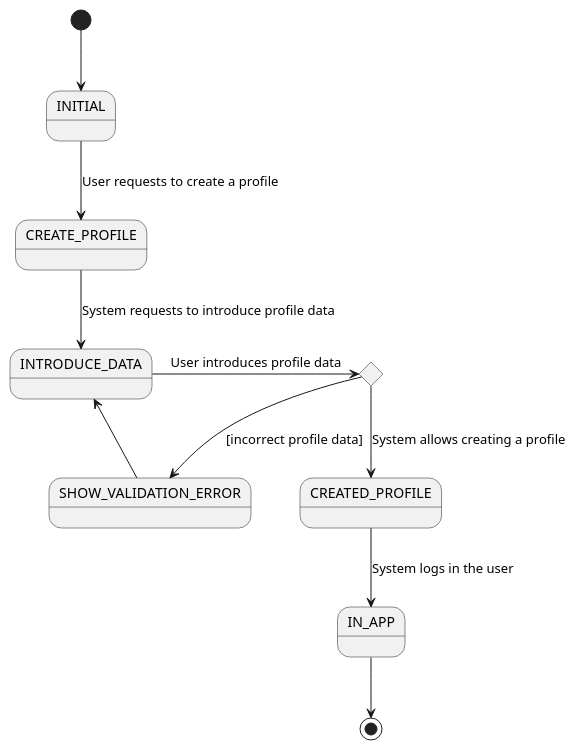
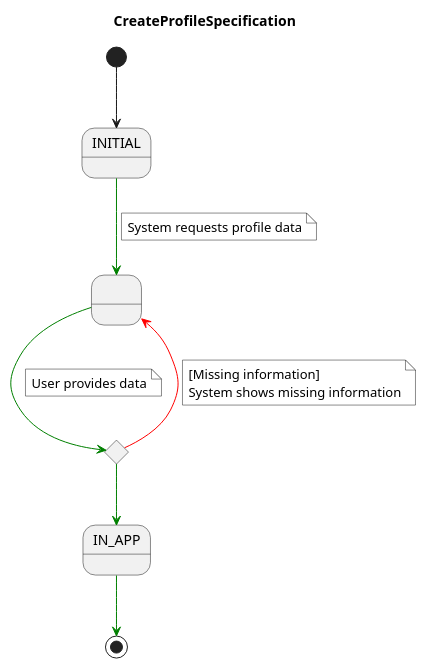
One commit to fraylopez/tinder changed the diagram in docs/src/use-cases/specs/createprofile.spec.puml. Above: the diagram before and after it, drawn with PlantUML.

Commit message:
New approach

```diff
--- a/docs/src/use-cases/specs/createprofile.spec.puml
+++ b/docs/src/use-cases/specs/createprofile.spec.puml
@@ -1,34 +1,31 @@
-@startuml
+@startuml CreateProfileSpecification
+title CreateProfileSpecification
 
-' request
-' allow
-' introduce
+skinparam NoteBackgroundColor white
 
-state INITIAL
 state IN_APP
-state is_valid_data <<choice>>
-state SHOW_VALIDATION_ERROR
-
+state STATE1 as " "
+state is_required_data_provided <<choice>>
 
 [*] --> INITIAL
-INITIAL --> CREATE_PROFILE: User requests to create a profile
-' note on link
-' Login
-' CreateProfile
-' end note
-CREATE_PROFILE --> INTRODUCE_DATA: System requests to introduce profile data
-INTRODUCE_DATA -right-> is_valid_data: User introduces profile data
+INITIAL -[#green]-> STATE1
+note on link
+System requests profile data
+end note
 
-is_valid_data --> CREATED_PROFILE: System allows creating a profile
-CREATED_PROFILE --> IN_APP: System logs in the user
+STATE1 -[#green]-> is_required_data_provided
+note on link
+User provides data
+end note
 
-is_valid_data --> SHOW_VALIDATION_ERROR: [incorrect profile data]
-SHOW_VALIDATION_ERROR --> INTRODUCE_DATA
-' is_valid_data --> INITIAL
-' note on link
-' StartSwiping
-' endnote
-IN_APP --> [*]
+is_required_data_provided -[#red]up-> STATE1
+note on link
+[Missing information] 
+System shows missing information
+end note
 
+is_required_data_provided -[#green]-> IN_APP
+
+IN_APP -[#green]-> [*]
 
 @enduml
```
